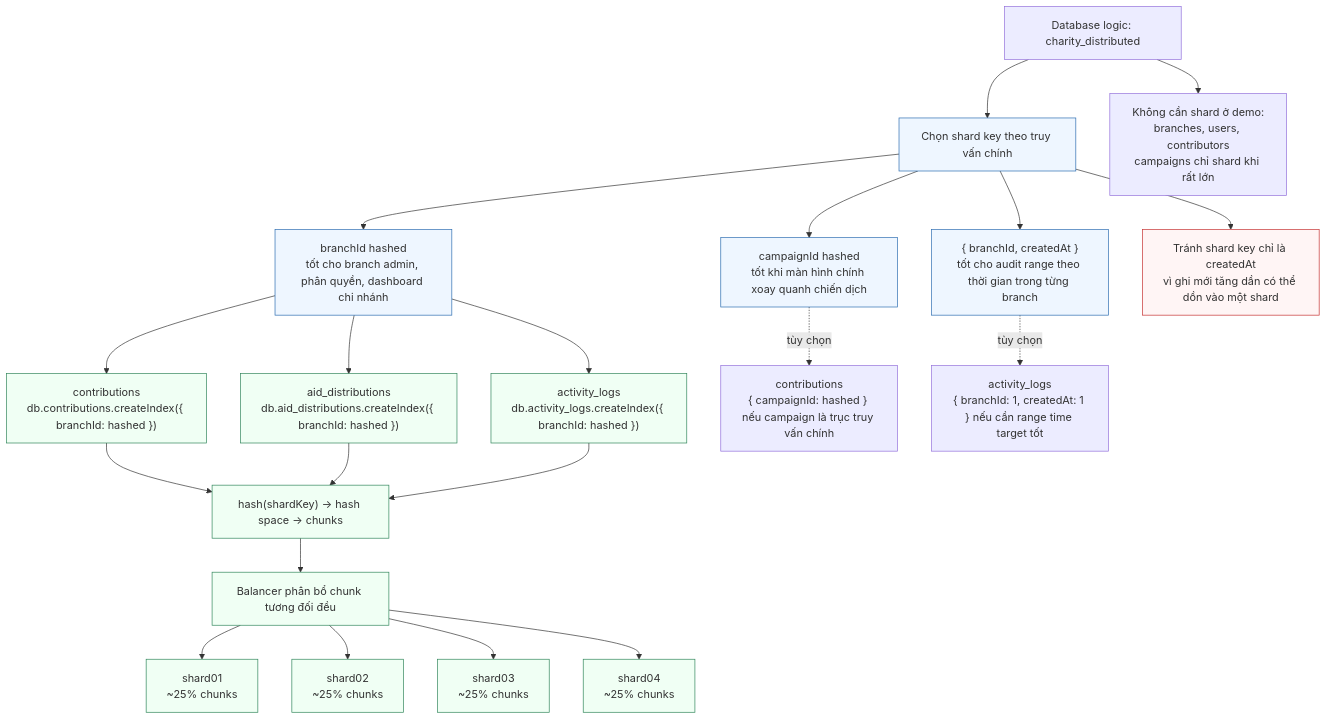
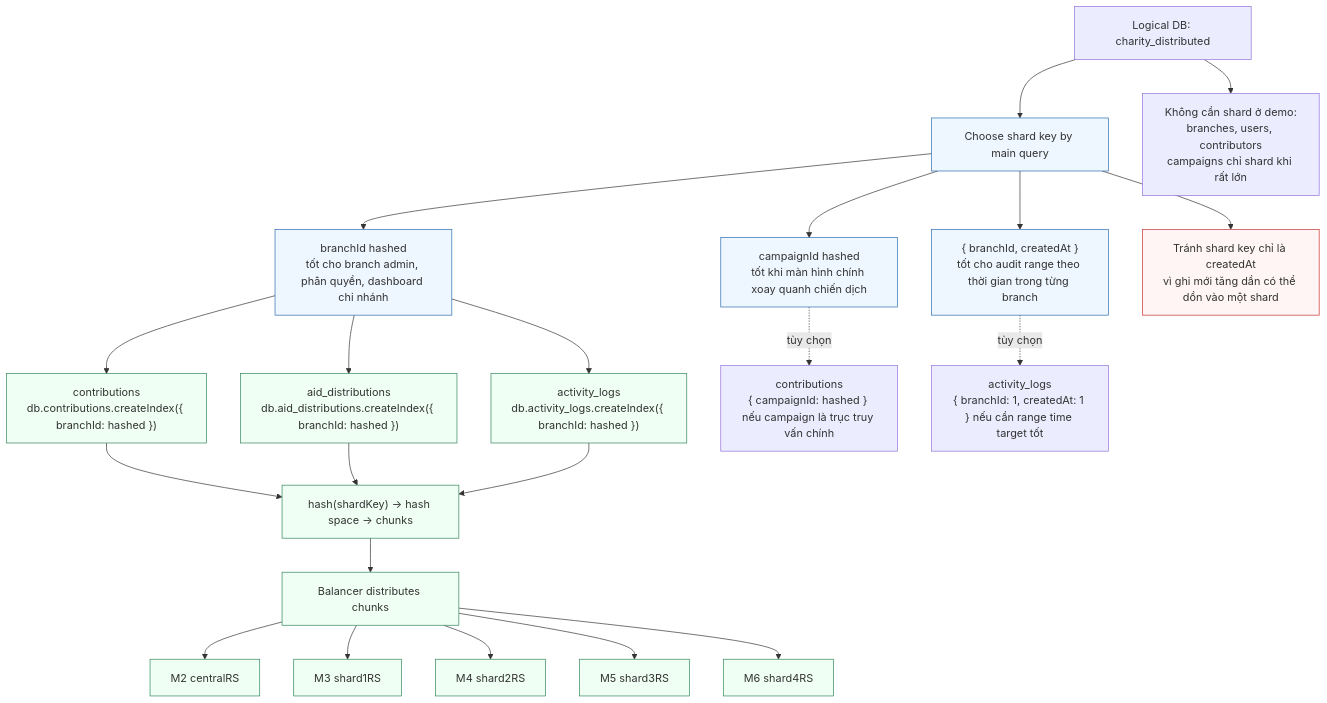
The diagram in huong-dan/Thiết kế csdl/mermail/13-sharding-strategy-4-shard.mmd (Sagitoaz/CSDLPT), drawn with Mermaid before and after one commit. The commit also changed 2 other files, not shown here.

```diff
--- a/huong-dan/Thiết kế csdl/mermail/13-sharding-strategy-4-shard.mmd
+++ b/huong-dan/Thiết kế csdl/mermail/13-sharding-strategy-4-shard.mmd
@@ -1,36 +1,37 @@
 flowchart TB
-    db["Database logic: charity_distributed"] --> choose["Chọn shard key theo truy vấn chính"]
+    db["Logical DB: charity_distributed"] --> choose["Choose shard key by main query"]
 
     choose --> bkey["branchId hashed<br/>tốt cho branch admin, phân quyền, dashboard chi nhánh"]
     choose --> ckey["campaignId hashed<br/>tốt khi màn hình chính xoay quanh chiến dịch"]
     choose --> timekey["{ branchId, createdAt }<br/>tốt cho audit range theo thời gian trong từng branch"]
 
     bkey --> sharded1["contributions<br/>db.contributions.createIndex({ branchId: hashed })"]
     bkey --> sharded2["aid_distributions<br/>db.aid_distributions.createIndex({ branchId: hashed })"]
     bkey --> sharded3["activity_logs<br/>db.activity_logs.createIndex({ branchId: hashed })"]
 
     ckey -. tùy chọn .-> alt1["contributions<br/>{ campaignId: hashed } nếu campaign là trục truy vấn chính"]
     timekey -. tùy chọn .-> alt2["activity_logs<br/>{ branchId: 1, createdAt: 1 } nếu cần range time target tốt"]
 
     sharded1 --> hash["hash(shardKey) -> hash space -> chunks"]
     sharded2 --> hash
     sharded3 --> hash
 
-    hash --> balancer["Balancer phân bổ chunk tương đối đều"]
-    balancer --> s1["shard01<br/>~25% chunks"]
-    balancer --> s2["shard02<br/>~25% chunks"]
-    balancer --> s3["shard03<br/>~25% chunks"]
-    balancer --> s4["shard04<br/>~25% chunks"]
+    hash --> balancer["Balancer distributes chunks"]
+    balancer --> m2["M2 centralRS"]
+    balancer --> m3["M3 shard1RS"]
+    balancer --> m4["M4 shard2RS"]
+    balancer --> m5["M5 shard3RS"]
+    balancer --> m6["M6 shard4RS"]
 
     no_shard["Không cần shard ở demo:<br/>branches, users, contributors<br/>campaigns chỉ shard khi rất lớn"]
     db --> no_shard
 
     warning["Tránh shard key chỉ là createdAt<br/>vì ghi mới tăng dần có thể dồn vào một shard"]
     choose --> warning
 
     classDef shard fill:#f0fff4,stroke:#2f855a,stroke-width:1px;
     classDef key fill:#eef6ff,stroke:#2b6cb0,stroke-width:1px;
     classDef warn fill:#fff5f5,stroke:#c53030,stroke-width:1px;
     class bkey,ckey,timekey,key,choose key;
-    class sharded1,sharded2,sharded3,hash,balancer,s1,s2,s3,s4 shard;
+    class sharded1,sharded2,sharded3,hash,balancer,m2,m3,m4,m5,m6 shard;
     class warning warn;
```
